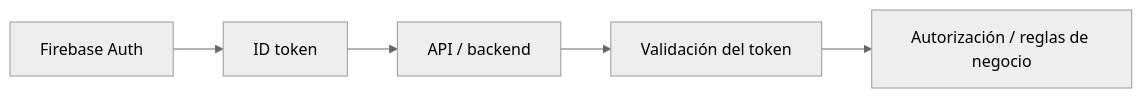
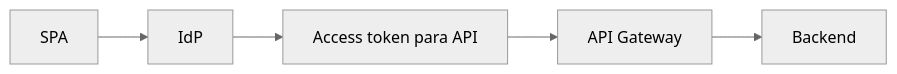
The third of 4 diagrams in labs/firebase-auth-miniapp/README.md (cmartinezs/DSY1107-DESARROLLO-CLOUD-NATIVE-I-2026-2), drawn with Mermaid (neutral theme) before and after one commit. The commit also changed other lines of this file, not shown here.

````diff
--- a/labs/firebase-auth-miniapp/README.md
+++ b/labs/firebase-auth-miniapp/README.md
@@ -206,7 +276,7 @@
 ```mermaid
 flowchart LR
-    F[Firebase Auth] --> T[ID token]
-    T --> API[API / backend]
-    API --> V[Validación del token]
-    V --> A[Autorización / reglas de negocio]
+    SPA[SPA] --> IDP[IdP]
+    IDP --> TOKEN[Access token para API]
+    TOKEN --> GW[API Gateway]
+    GW --> API[Backend]
 ```
````
